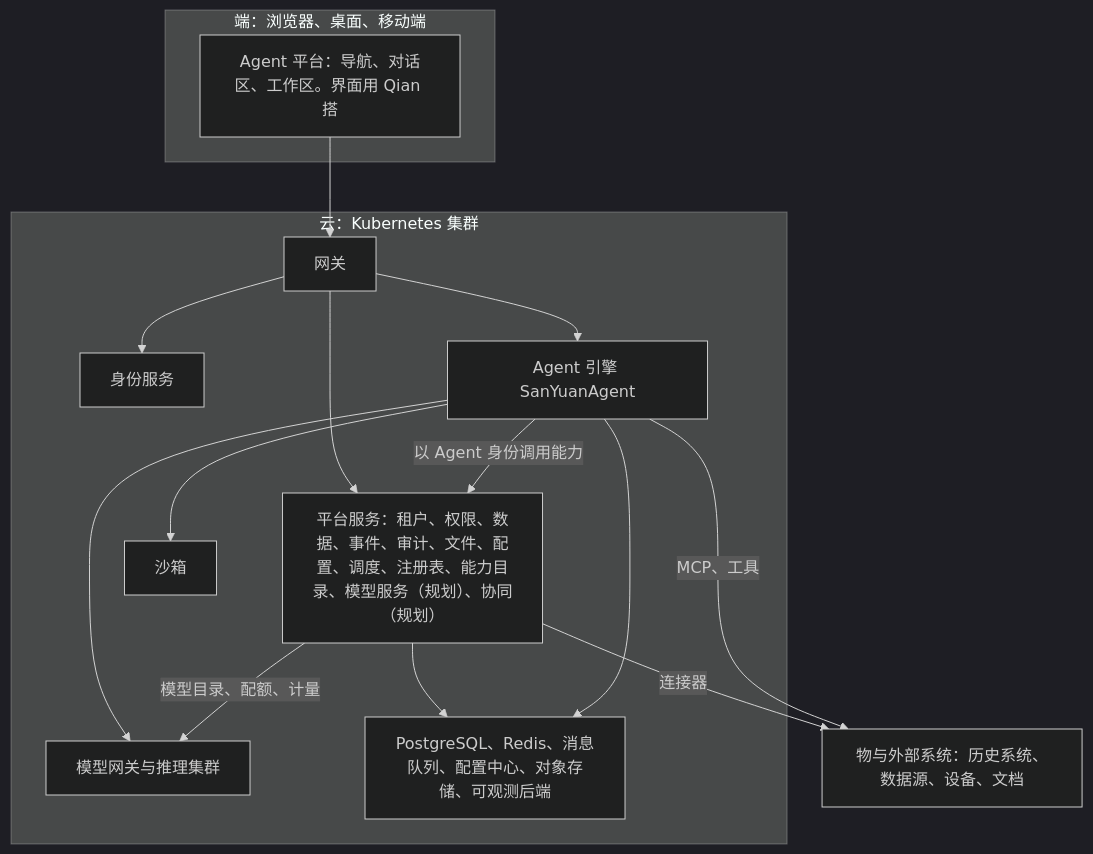
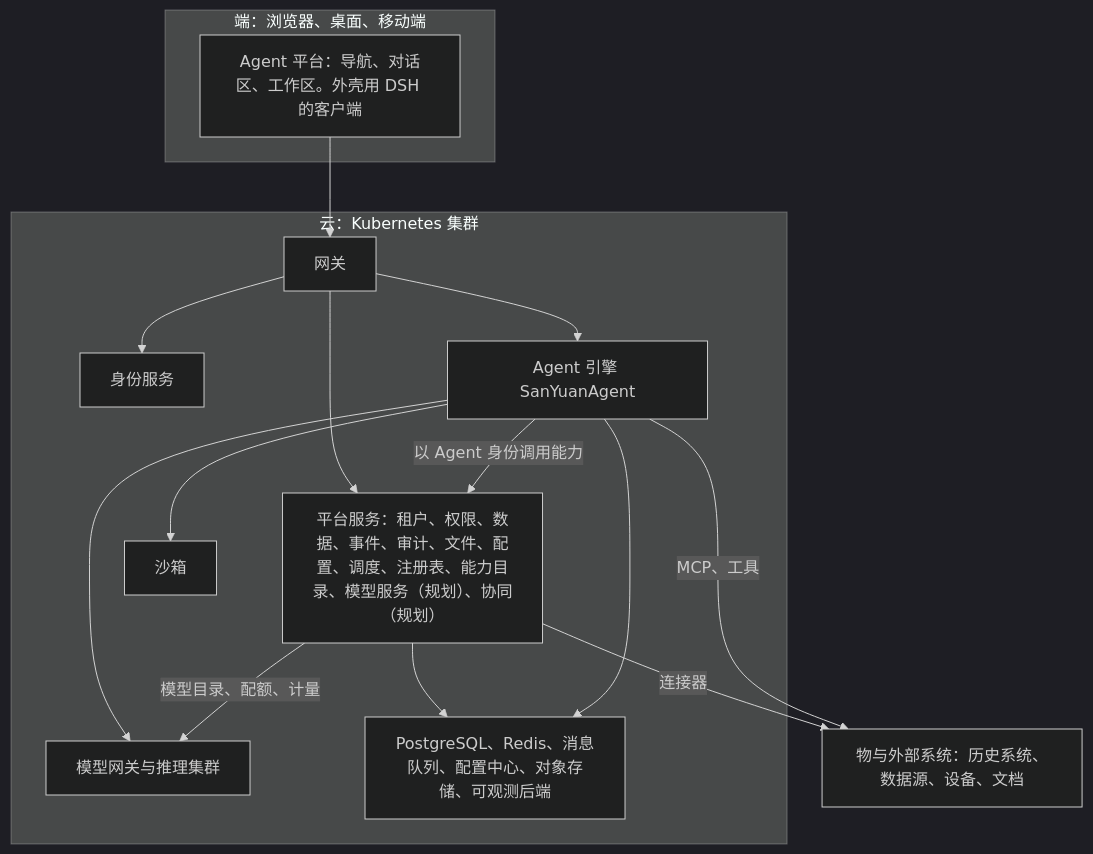
Before and after one commit to CavaiLAB/jiangxin: the first of 3 diagrams in docs/02-architecture.md, drawn with Mermaid (dark theme). The commit also changed other lines of this file and 8 other files, not shown here.

````diff
--- a/docs/02-architecture.md
+++ b/docs/02-architecture.md
@@ -9,29 +11,29 @@
 ```mermaid
 flowchart TB
   subgraph client["端：浏览器、桌面、移动端"]
-    UI["Agent 平台：导航、对话区、工作区。界面用 Qian 搭"]
+    UI["Agent 平台：导航、对话区、工作区。外壳用 DSH 的客户端"]
   end
   subgraph cloud["云：Kubernetes 集群"]
     GW["网关"]
     ID["身份服务"]
     PF["平台服务：租户、权限、数据、事件、审计、文件、配置、调度、注册表、能力目录、模型服务（规划）、协同（规划）"]
     AG["Agent 引擎 SanYuanAgent"]
     SB["沙箱"]
     MG["模型网关与推理集群"]
     INF["PostgreSQL、Redis、消息队列、配置中心、对象存储、可观测后端"]
   end
   EXT["物与外部系统：历史系统、数据源、设备、文档"]
 
   UI --> GW
   GW --> ID
   GW --> PF
   GW --> AG
   AG -->|"以 Agent 身份调用能力"| PF
   AG --> SB
   AG --> MG
   PF -->|"模型目录、配额、计量"| MG
   PF --> INF
   AG --> INF
   PF -->|"连接器"| EXT
   AG -->|"MCP、工具"| EXT
 ```
````
